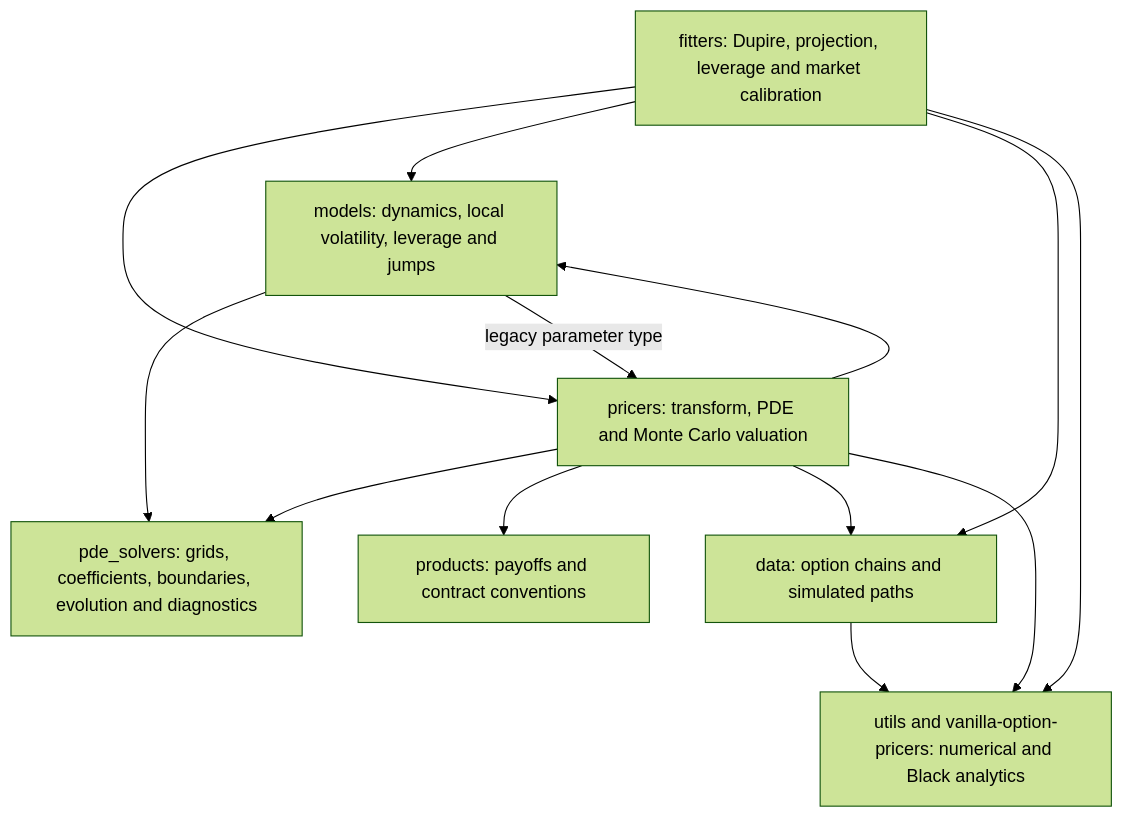
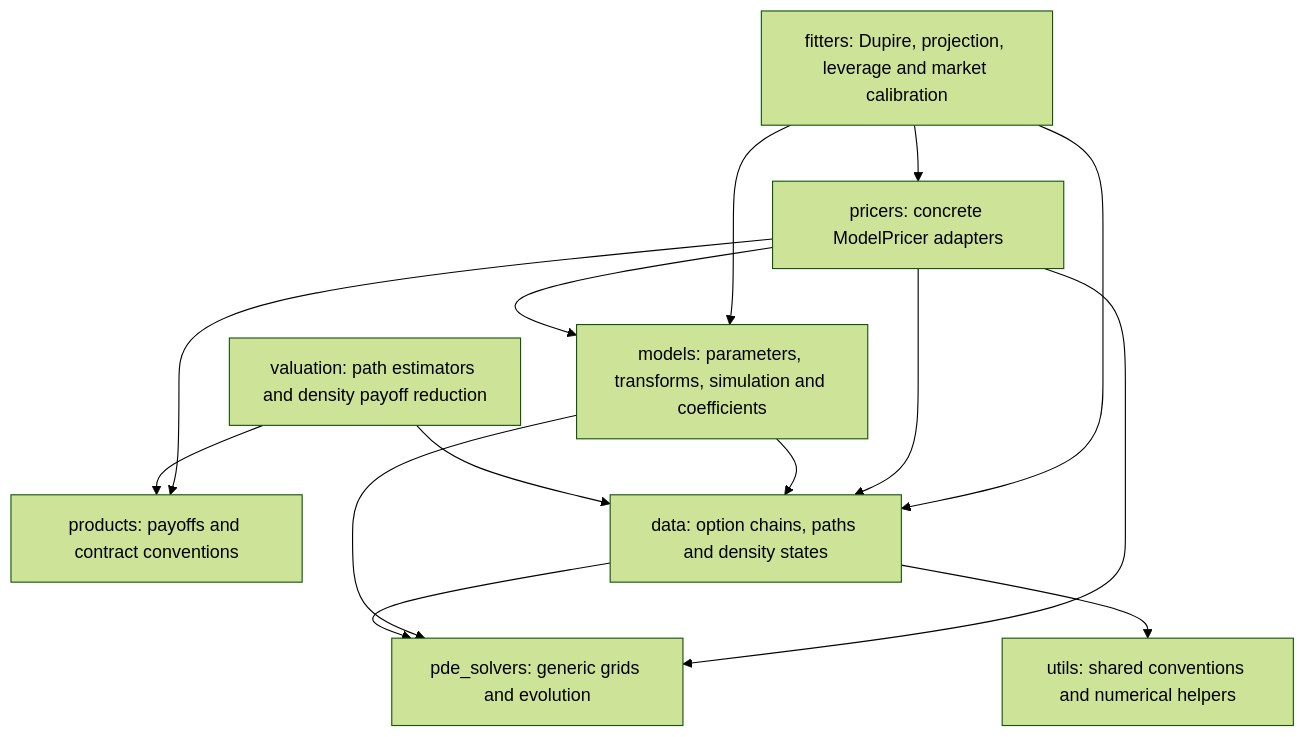
One commit to ArturSepp/StochVolModels changed the diagram in docs/software_design.md. Above: the diagram before and after it, drawn with Mermaid (forest theme). The commit also changed other lines of this file and 116 other files, not shown here.

````diff
--- a/docs/software_design.md
+++ b/docs/software_design.md
@@ -25,22 +25,24 @@
 ```mermaid
 flowchart TB
-    N["pde_solvers: grids, coefficients, boundaries, evolution and diagnostics"]
-    M["models: dynamics, local volatility, leverage and jumps"]
+    N["pde_solvers: generic grids and evolution"]
+    M["models: parameters, transforms, simulation and coefficients"]
     R["products: payoffs and contract conventions"]
-    P["pricers: transform, PDE and Monte Carlo valuation"]
+    V["valuation: path estimators and density payoff reduction"]
+    P["pricers: concrete ModelPricer adapters"]
     F["fitters: Dupire, projection, leverage and market calibration"]
-    D["data: option chains and simulated paths"]
-    U["utils and vanilla-option-pricers: numerical and Black analytics"]
+    D["data: option chains, paths and density states"]
+    U["utils: shared conventions and numerical helpers"]
     F --> P
     F --> M
     F --> D
     P --> M
     P --> N
     P --> R
     P --> D
     M --> N
-    M -->|legacy parameter type| P
+    M --> D
+    V --> D
+    V --> R
+    D --> N
     D --> U
-    P --> U
-    F --> U
 ```
````
